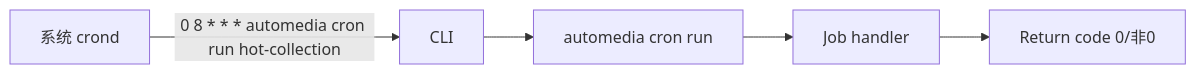
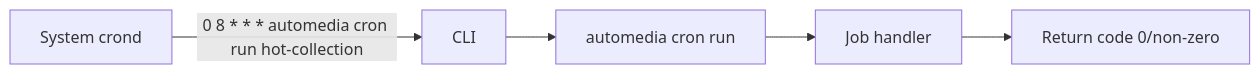
Before and after one commit to 1StepMore/AutoMedia: the diagram in docs/runbook/cron-troubleshooting.md, drawn with Mermaid. The commit also changed other lines of this file and 19 other files, not shown here.

````diff
--- a/docs/runbook/cron-troubleshooting.md
+++ b/docs/runbook/cron-troubleshooting.md
@@ -7,7 +13,7 @@
 ```mermaid
 flowchart LR
-    A[系统 crond] -->|"0 8 * * * automedia cron run hot-collection"| B[CLI]
+    A[System crond] -->|"0 8 * * * automedia cron run hot-collection"| B[CLI]
     B --> C[automedia cron run]
     C --> D[Job handler]
-    D --> E[Return code 0/非0]
+    D --> E[Return code 0/non-zero]
 ```
````
